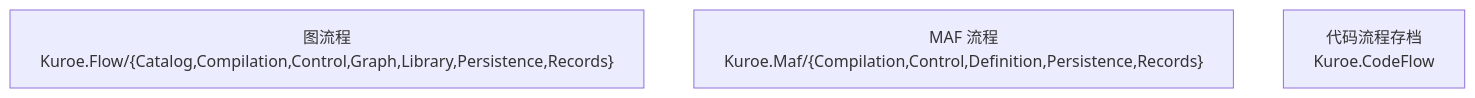
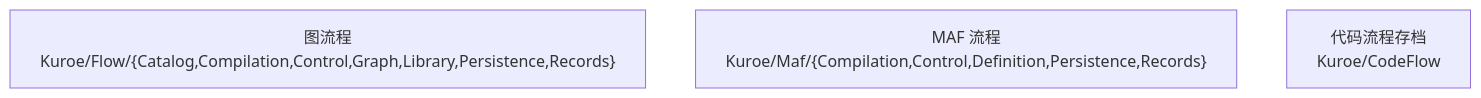
The diagram in docs/dev/architecture/functional-boundary/flow/index.md (DrMelt/Kuroe), drawn with Mermaid before and after one commit. The commit also changed 1355 other files, not shown here.

````diff
--- a/docs/dev/architecture/functional-boundary/flow/index.md
+++ b/docs/dev/architecture/functional-boundary/flow/index.md
@@ -5,6 +5,6 @@
 ```mermaid
 flowchart TD
-    GraphFlow["图流程<br>Kuroe.Flow/{Catalog,Compilation,Control,Graph,Library,Persistence,Records}"]
-    MafFlow["MAF 流程<br>Kuroe.Maf/{Compilation,Control,Definition,Persistence,Records}"]
-    CodeFlow["代码流程存档<br>Kuroe.CodeFlow"]
+    GraphFlow["图流程<br>Kuroe/Flow/{Catalog,Compilation,Control,Graph,Library,Persistence,Records}"]
+    MafFlow["MAF 流程<br>Kuroe/Maf/{Compilation,Control,Definition,Persistence,Records}"]
+    CodeFlow["代码流程存档<br>Kuroe/CodeFlow"]
 ```
````
